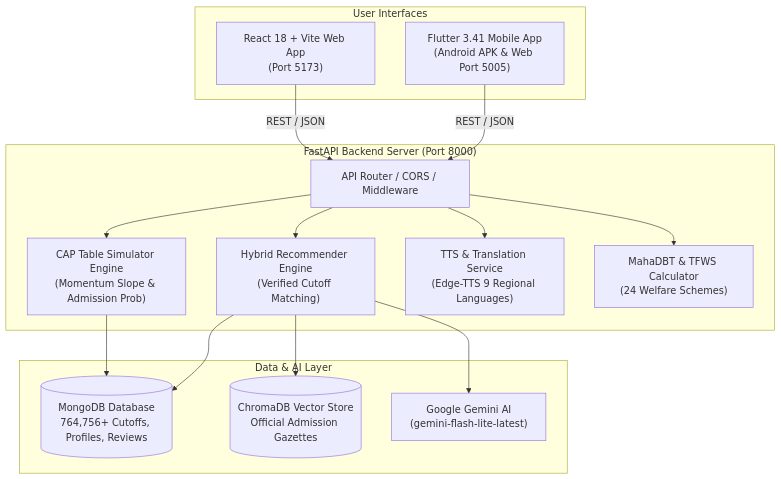
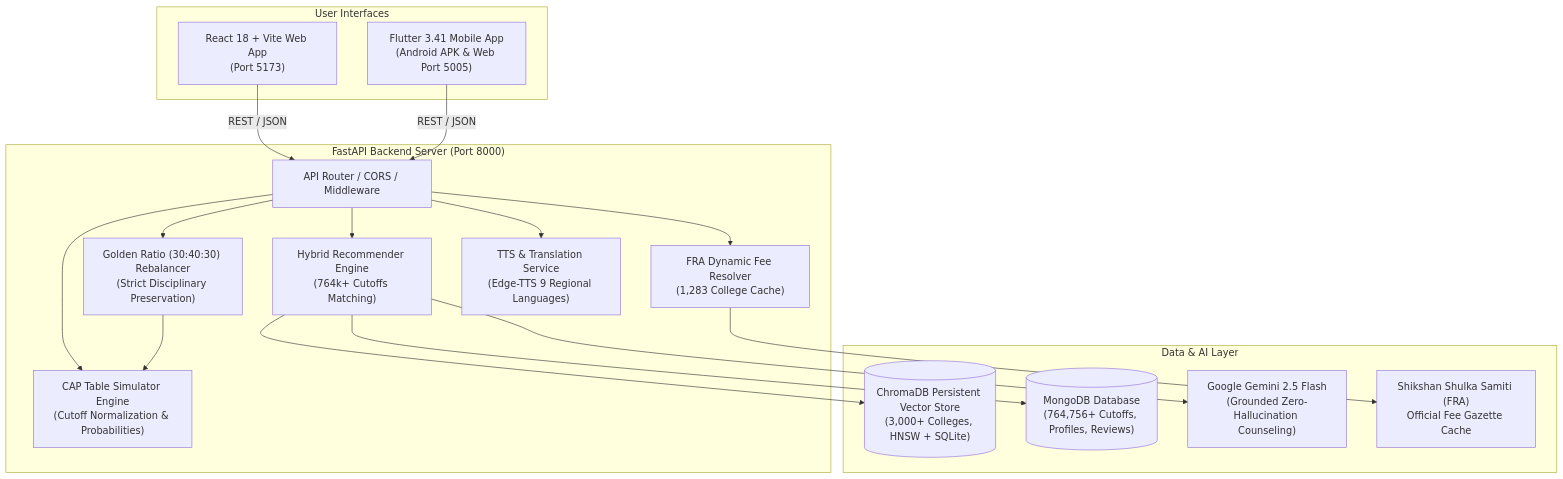
Before and after one commit to omrankhamb/Education_Counsellor: the diagram in README.md, drawn with Mermaid. The commit also changed other lines of this file and 7 other files, not shown here.

````diff
--- a/README.md
+++ b/README.md
@@ -134,34 +132,38 @@
 ```mermaid
 flowchart TD
     subgraph Clients["User Interfaces"]
         Web["React 18 + Vite Web App\n(Port 5173)"]
         Mobile["Flutter 3.41 Mobile App\n(Android APK & Web Port 5005)"]
     end
 
     subgraph API["FastAPI Backend Server (Port 8000)"]
         Router["API Router / CORS / Middleware"]
-        CAPEngine["CAP Table Simulator Engine\n(Momentum Slope & Admission Prob)"]
-        Recommender["Hybrid Recommender Engine\n(Verified Cutoff Matching)"]
+        CAPEngine["CAP Table Simulator Engine\n(Cutoff Normalization & Probabilities)"]
+        Rebalancer["Golden Ratio (30:40:30) Rebalancer\n(Strict Disciplinary Preservation)"]
+        FeeEngine["FRA Dynamic Fee Resolver\n(1,283 College Cache)"]
+        Recommender["Hybrid Recommender Engine\n(764k+ Cutoffs Matching)"]
         VoiceService["TTS & Translation Service\n(Edge-TTS 9 Regional Languages)"]
-        ScholarshipEngine["MahaDBT & TFWS Calculator\n(24 Welfare Schemes)"]
     end
 
     subgraph DataAI["Data & AI Layer"]
-        MongoDB[("MongoDB Database\n764,756+ Cutoffs, Profiles, Reviews")]
-        Chroma[("ChromaDB Vector Store\nOfficial Admission Gazettes")]
-        Gemini["Google Gemini AI\n(gemini-flash-lite-latest)"]
+        Chroma[("ChromaDB Persistent Vector Store\n(3,000+ Colleges, HNSW + SQLite)")]
+        MongoDB[("MongoDB Database\n(764,756+ Cutoffs, Profiles, Reviews)")]
+        Gemini["Google Gemini 2.5 Flash\n(Grounded Zero-Hallucination Counseling)"]
+        FRA["Shikshan Shulka Samiti (FRA)\nOfficial Fee Gazette Cache"]
     end
 
     Web -->|REST / JSON| Router
     Mobile -->|REST / JSON| Router
 
     Router --> CAPEngine
+    Router --> Rebalancer
+    Router --> FeeEngine
     Router --> Recommender
     Router --> VoiceService
-    Router --> ScholarshipEngine
 
+    Rebalancer --> CAPEngine
+    FeeEngine --> FRA
     Recommender --> MongoDB
     Recommender --> Chroma
     Recommender --> Gemini
-    CAPEngine --> MongoDB
 ```
````
